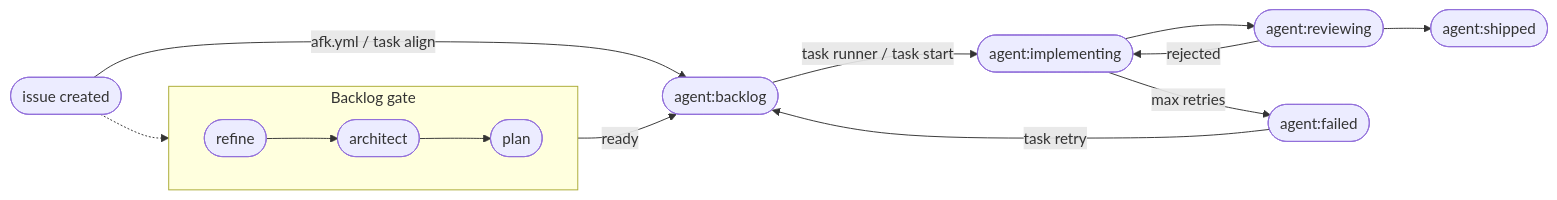
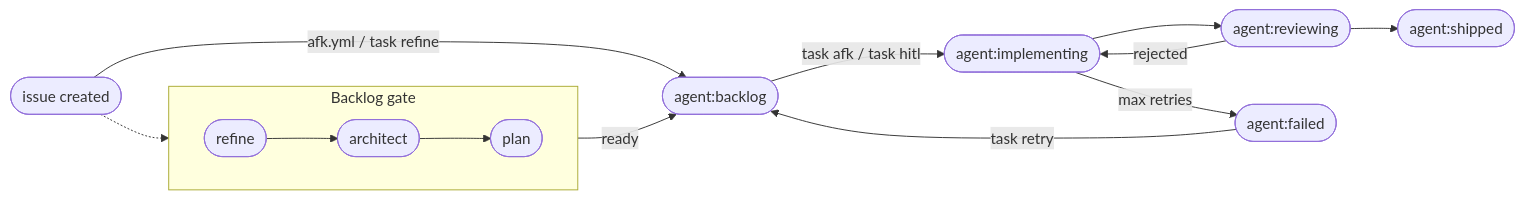
Before and after one commit to architecture-that-works/agentic-sdlc: the diagram in README.md, drawn with Mermaid. The commit also changed other lines of this file and 27 other files, not shown here.

````diff
--- a/README.md
+++ b/README.md
@@ -67,16 +67,16 @@
 ```mermaid
 flowchart LR
-    N([issue created]) -- afk.yml / task align --> A
+    N([issue created]) -- afk.yml / task refine --> A
     subgraph Backlog gate
       direction LR
       R([refine]) --> AR([architect]) --> P([plan])
     end
     N -.-> R
     P -- ready --> A([agent:backlog])
-    A -- task runner / task start --> D([agent:implementing])
+    A -- task afk / task hitl --> D([agent:implementing])
     D --> E([agent:reviewing])
     E --> F([agent:shipped])
     E -- rejected --> D
     D -- max retries --> G([agent:failed])
     G -- task retry --> A
 ```
````
